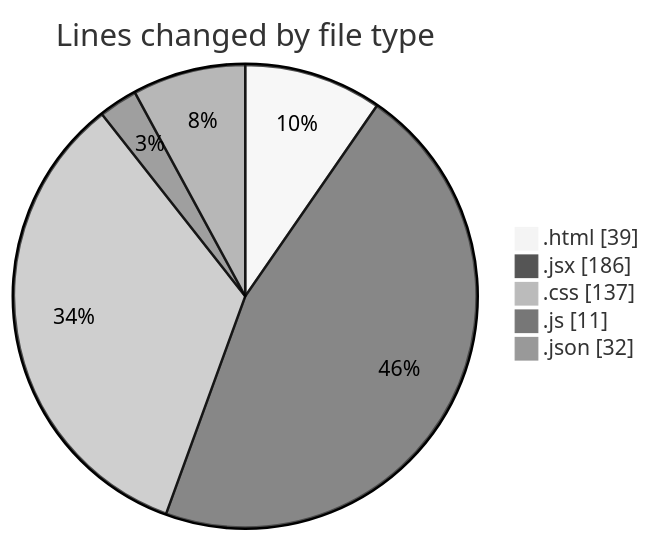
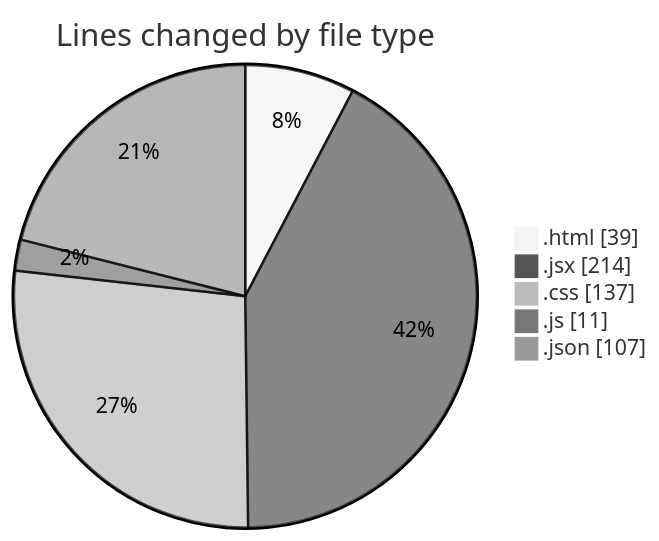
One commit to Elitesun/code-tracking changed the first of 2 diagrams in 2025-02-12/elitegpt/README.md. Above: the diagram before and after it, drawn with Mermaid (neutral theme). The commit also changed other lines of this file and 1 other file, not shown here.

````diff
--- a/2025-02-12/elitegpt/README.md
+++ b/2025-02-12/elitegpt/README.md
@@ -27,9 +30,9 @@
 ```mermaid
 pie showData
 title Lines changed by file type
 ".html" : 39
-".jsx" : 186
+".jsx" : 214
 ".css" : 137
 ".js" : 11
-".json" : 32
+".json" : 107
 ```
````
